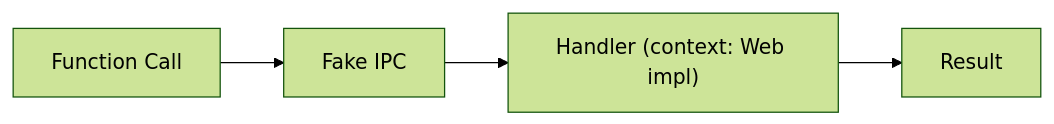
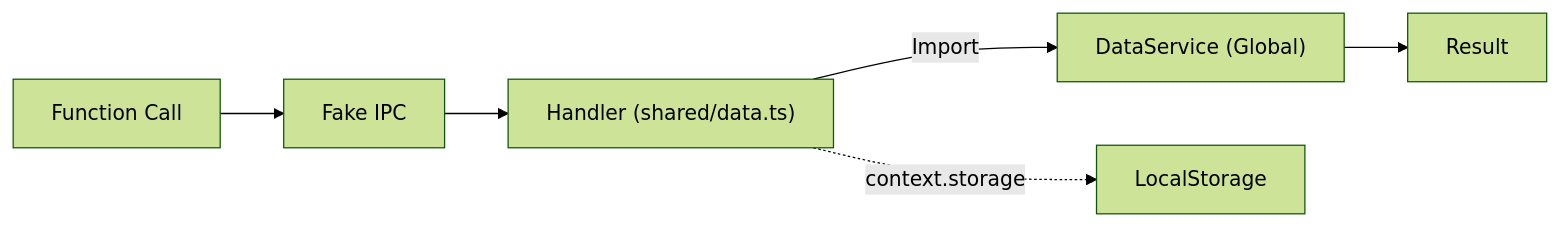
The second of 2 diagrams in docs/architecture/01-concepts/handler-pattern.md (NerdyHomeReOpen/RiceCall), drawn with Mermaid (forest theme) before and after one commit. The commit also changed other lines of this file and 2 other files, not shown here.

Commit message:
docs: update document

````diff
--- a/docs/architecture/01-concepts/handler-pattern.md
+++ b/docs/architecture/01-concepts/handler-pattern.md
@@ -41,6 +43,8 @@
 ```mermaid
 graph LR
     A[Function Call] --> B[Fake IPC]
-    B --> C["Handler (context: Web impl)"]
-    C --> D[Result]
+    B --> C["Handler (shared/data.ts)"]
+    C -->|Import| Service["DataService (Global)"]
+    C -.->|context.storage| Store[LocalStorage]
+    Service --> D[Result]
 ```
````
